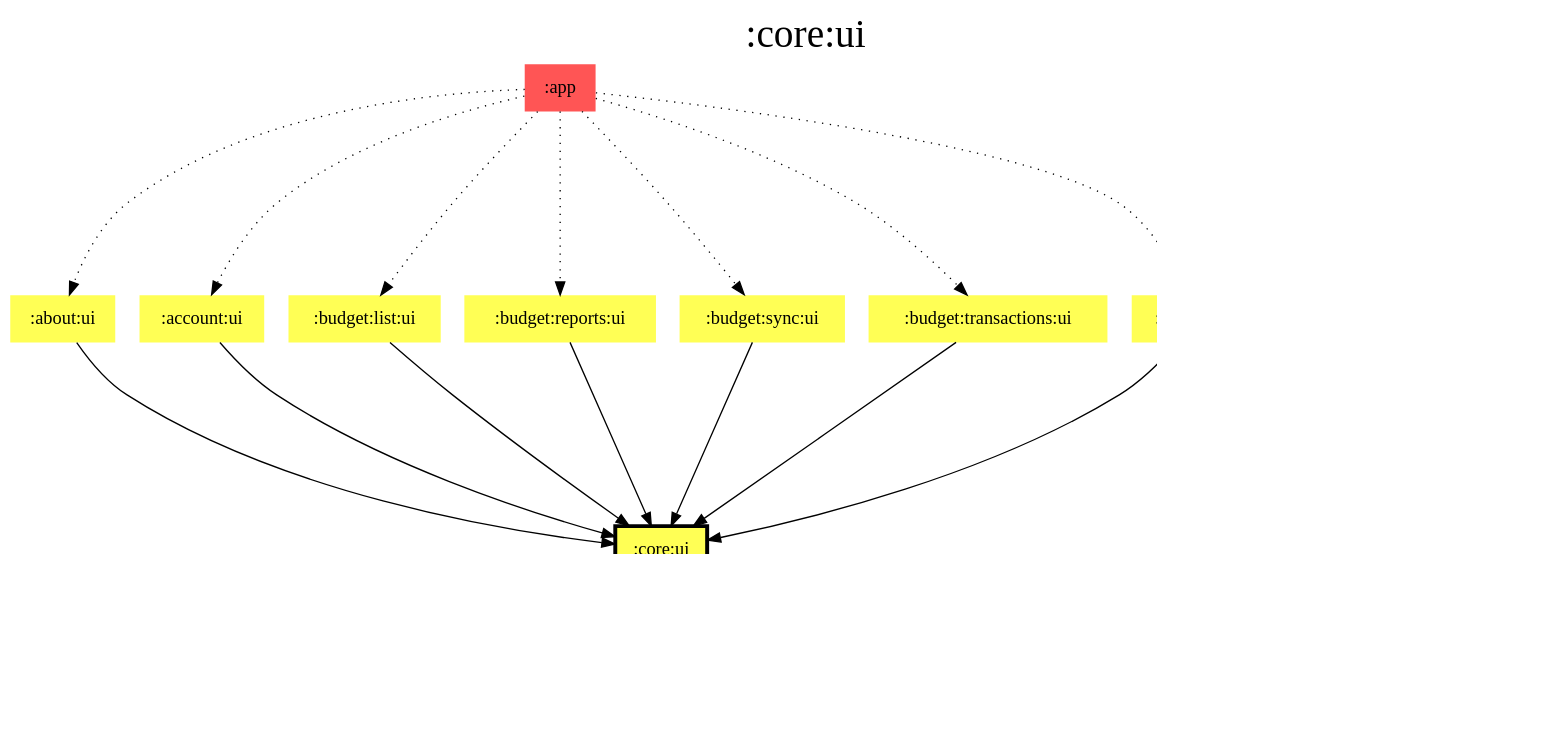
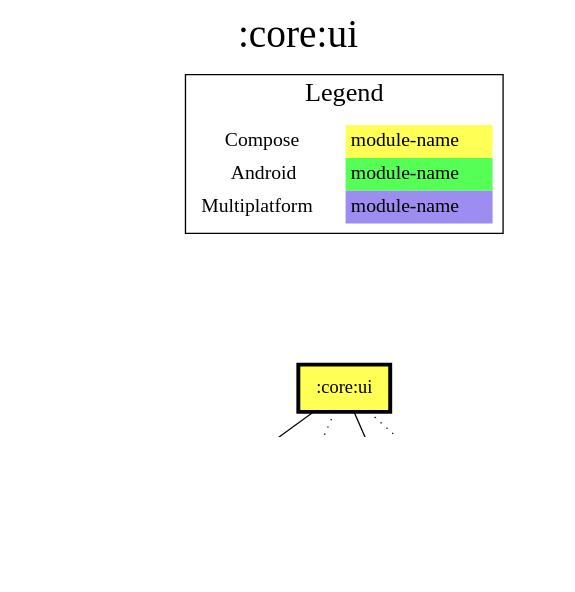
The diagram in modules/core/ui/modules.dot (jonapoul/aktual), drawn with Graphviz before and after one commit. The commit also changed 73 other files, not shown here.

Commit message:
Remove upstream diagrams

```diff
--- a/modules/core/ui/modules.dot
+++ b/modules/core/ui/modules.dot
@@ -1,53 +1,30 @@
 digraph {
 edge ["dir"="forward"]
 graph ["dpi"="100","label"=":core:ui","labelloc"="t","fontsize"="30","ranksep"="1.5","rankdir"="TB"]
 node ["style"="filled"]
-":about:ui" ["fillcolor"="#FFFF55","shape"="none"]
-":account:ui" ["fillcolor"="#FFFF55","shape"="none"]
-":app" ["fillcolor"="#FF5555","shape"="none"]
-":budget:list:ui" ["fillcolor"="#FFFF55","shape"="none"]
 ":budget:model" ["fillcolor"="#9D8DF1","shape"="none"]
-":budget:reports:ui" ["fillcolor"="#FFFF55","shape"="none"]
-":budget:sync:ui" ["fillcolor"="#FFFF55","shape"="none"]
-":budget:transactions:ui" ["fillcolor"="#FFFF55","shape"="none"]
 ":core:android" ["fillcolor"="#55FF55","shape"="none"]
 ":core:model" ["fillcolor"="#9D8DF1","shape"="none"]
 ":core:ui" ["fillcolor"="#FFFF55","color"="black","penwidth"="3","shape"="box"]
 ":l10n" ["fillcolor"="#9D8DF1","shape"="none"]
-":settings:ui" ["fillcolor"="#FFFF55","shape"="none"]
 {
 edge ["dir"="none"]
 graph ["rank"="same"]
 ":core:ui"
 }
-":about:ui" -> ":core:ui"
-":account:ui" -> ":core:ui"
-":app" -> ":about:ui" ["style"="dotted"]
-":app" -> ":account:ui" ["style"="dotted"]
-":app" -> ":budget:list:ui" ["style"="dotted"]
-":app" -> ":budget:reports:ui" ["style"="dotted"]
-":app" -> ":budget:sync:ui" ["style"="dotted"]
-":app" -> ":budget:transactions:ui" ["style"="dotted"]
-":app" -> ":settings:ui" ["style"="dotted"]
-":budget:list:ui" -> ":core:ui"
-":budget:reports:ui" -> ":core:ui"
-":budget:sync:ui" -> ":core:ui"
-":budget:transactions:ui" -> ":core:ui"
 ":core:ui" -> ":budget:model"
 ":core:ui" -> ":core:android" ["style"="dotted"]
 ":core:ui" -> ":core:model"
 ":core:ui" -> ":l10n" ["style"="dotted"]
-":settings:ui" -> ":core:ui"
 subgraph "cluster_legend" {
 edge ["dir"="none"]
 graph ["label"="Legend","fontsize"="20"]
 "Legend" ["style"="filled","fillcolor"="#FFFFFF","shape"="none","margin"="0","fontsize"="15","label"=<
 <TABLE BORDER="0" CELLBORDER="0" CELLSPACING="0" CELLPADDING="4">
-<TR><TD>App</TD><TD BGCOLOR="#FF5555">module-name</TD></TR>
 <TR><TD>Compose</TD><TD BGCOLOR="#FFFF55">module-name</TD></TR>
 <TR><TD>Android</TD><TD BGCOLOR="#55FF55">module-name</TD></TR>
 <TR><TD>Multiplatform</TD><TD BGCOLOR="#9D8DF1">module-name</TD></TR>
 </TABLE>
 >]
 } -> ":core:ui" ["style"="invis"]
 }
```
